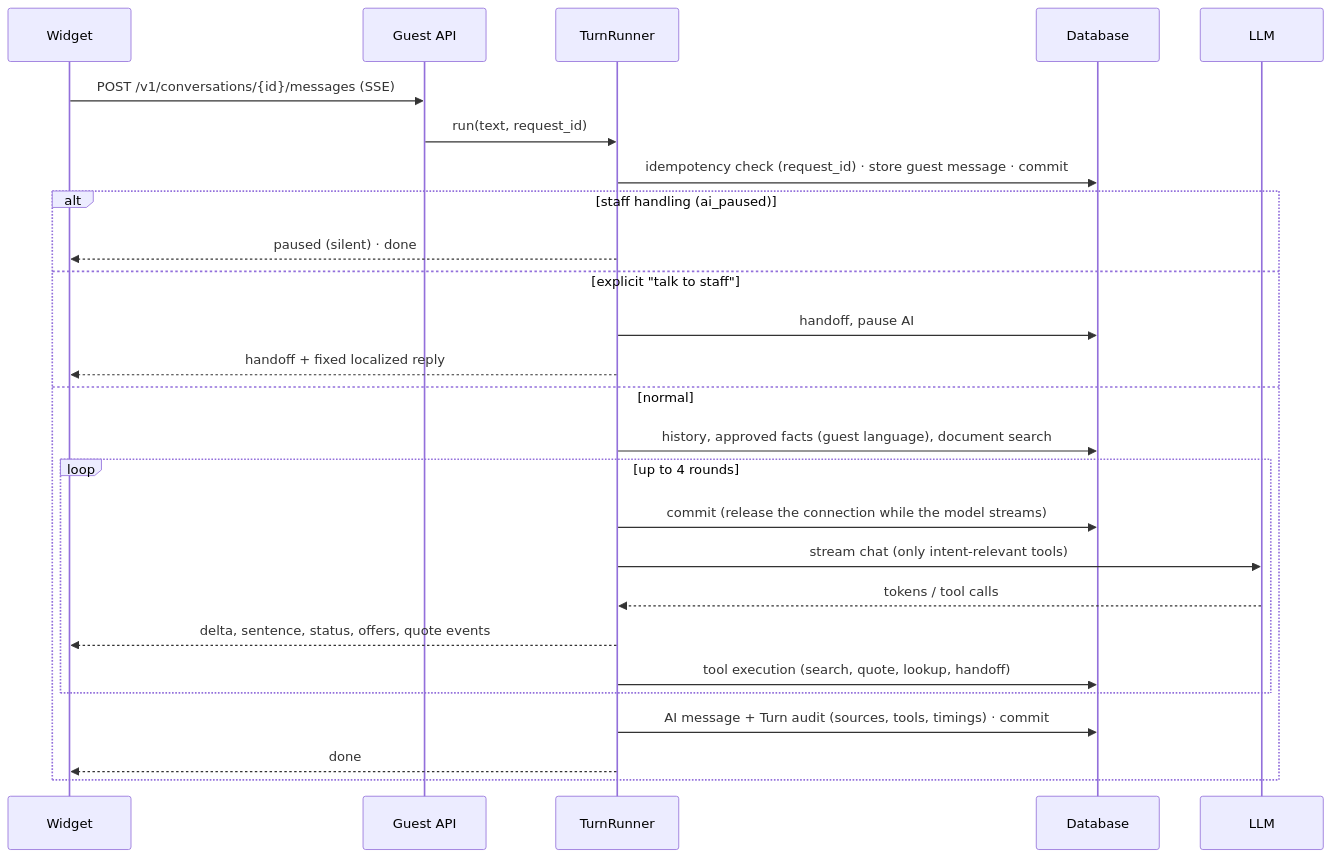
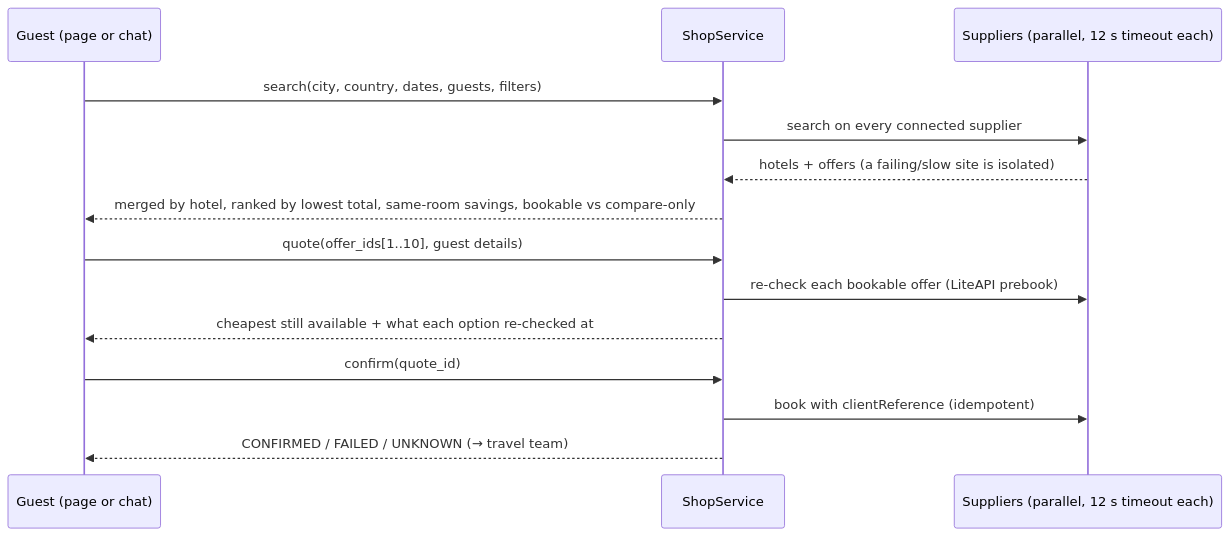
One commit to YACIINE105/hotel_agent changed the second of 2 diagrams in ARCHITECTURE.md. Above: the diagram before and after it, drawn with Mermaid. The commit also changed other lines of this file and 4 other files, not shown here.

First line of the commit message:
perf+docs: skip area documents when a fact answers; relevance gates; architecture update

````diff
--- a/ARCHITECTURE.md
+++ b/ARCHITECTURE.md
@@ -125,28 +158,16 @@
 ```mermaid
 sequenceDiagram
-    participant W as Widget
-    participant G as Guest API
-    participant T as TurnRunner
-    participant DB as Database
-    participant L as LLM
-    W->>G: POST /v1/conversations/{id}/messages (SSE)
-    G->>T: run(text, request_id)
-    T->>DB: idempotency check (request_id) · store guest message · commit
-    alt staff handling (ai_paused)
-        T-->>W: paused (silent) · done
-    else explicit "talk to staff"
-        T->>DB: handoff, pause AI
-        T-->>W: handoff + fixed localized reply
-    else normal
-        T->>DB: history, approved facts (guest language), document search
-        loop up to 4 rounds
-            T->>DB: commit (release the connection while the model streams)
-            T->>L: stream chat (only intent-relevant tools)
-            L-->>T: tokens / tool calls
-            T-->>W: delta, sentence, status, offers, quote events
-            T->>DB: tool execution (search, quote, lookup, handoff)
-        end
-        T->>DB: AI message + Turn audit (sources, tools, timings) · commit
-        T-->>W: done
-    end
+    participant U as Guest (page or chat)
+    participant S as ShopService
+    participant P as Suppliers (parallel, 12 s timeout each)
+    U->>S: search(city, country, dates, guests, filters)
+    S->>P: search on every connected supplier
+    P-->>S: hotels + offers (a failing/slow site is isolated)
+    S-->>U: merged by hotel, ranked by lowest total, same-room savings, bookable vs compare-only
+    U->>S: quote(offer_ids[1..10], guest details)
+    S->>P: re-check each bookable offer (LiteAPI prebook)
+    S-->>U: cheapest still available + what each option re-checked at
+    U->>S: confirm(quote_id)
+    S->>P: book with clientReference (idempotent)
+    S-->>U: CONFIRMED / FAILED / UNKNOWN (→ travel team)
 ```
````
